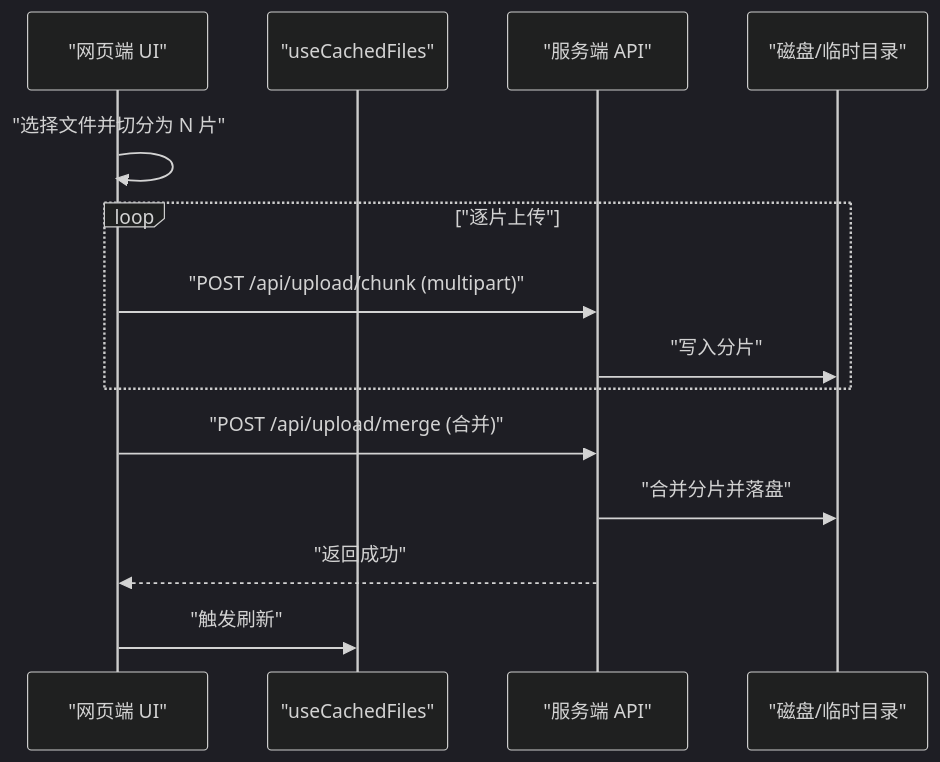
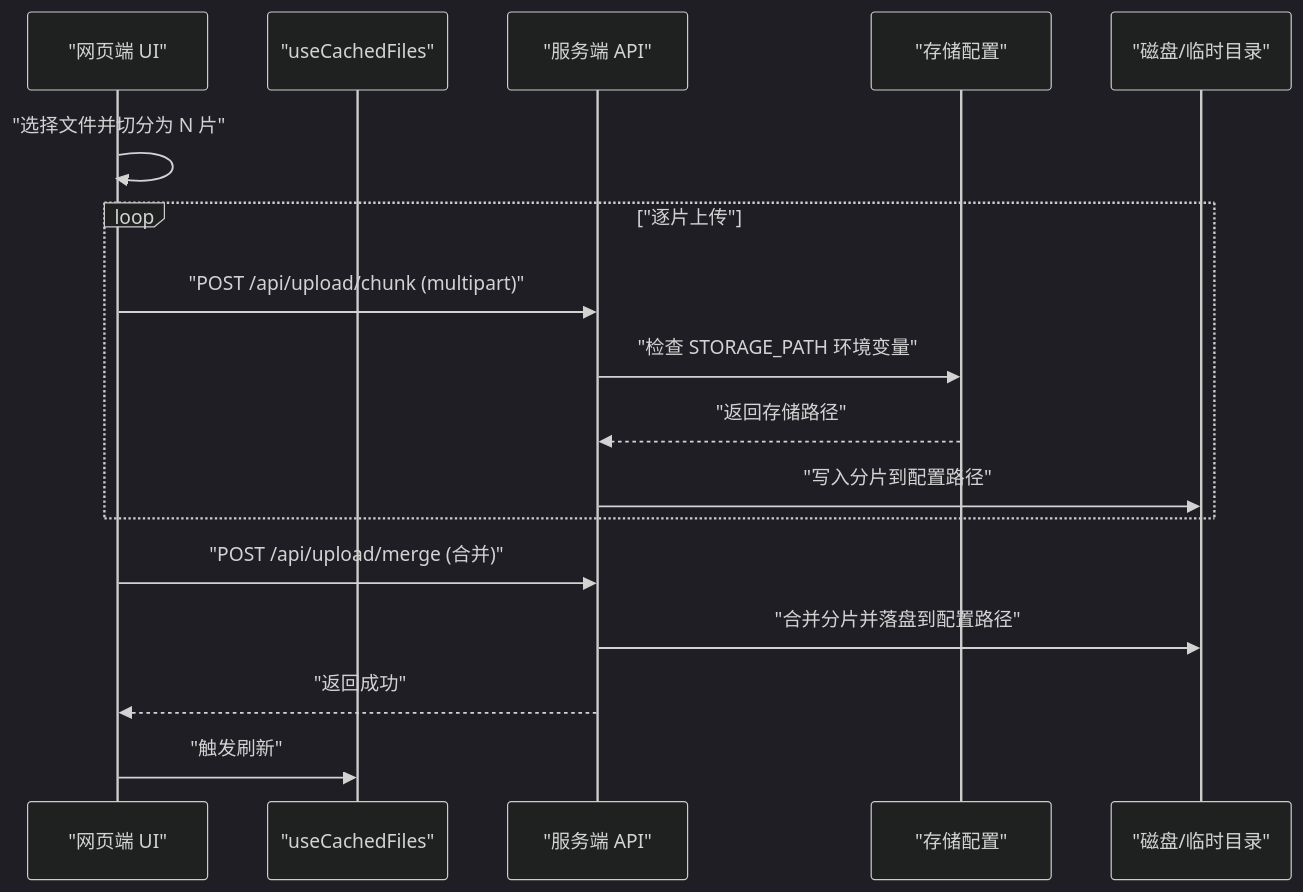
Before and after one commit to CubeEdge/Longhorn: the third of 10 diagrams in .qoder/repowiki/zh/content/文件管理系统/文件管理系统.md, drawn with Mermaid (dark theme). The commit also changed other lines of this file and 26 other files, not shown here.

````diff
--- a/.qoder/repowiki/zh/content/文件管理系统/文件管理系统.md
+++ b/.qoder/repowiki/zh/content/文件管理系统/文件管理系统.md
@@ -180,16 +194,19 @@
 ```mermaid
 sequenceDiagram
 participant UI as "网页端 UI"
 participant Hook as "useCachedFiles"
 participant API as "服务端 API"
+participant Storage as "存储配置"
 participant Disk as "磁盘/临时目录"
 UI->>UI : "选择文件并切分为 N 片"
 loop "逐片上传"
 UI->>API : "POST /api/upload/chunk (multipart)"
-API->>Disk : "写入分片"
+API->>Storage : "检查 STORAGE_PATH 环境变量"
+Storage-->>API : "返回存储路径"
+API->>Disk : "写入分片到配置路径"
 end
 UI->>API : "POST /api/upload/merge (合并)"
-API->>Disk : "合并分片并落盘"
+API->>Disk : "合并分片并落盘到配置路径"
 API-->>UI : "返回成功"
 UI->>Hook : "触发刷新"
 ```
````
